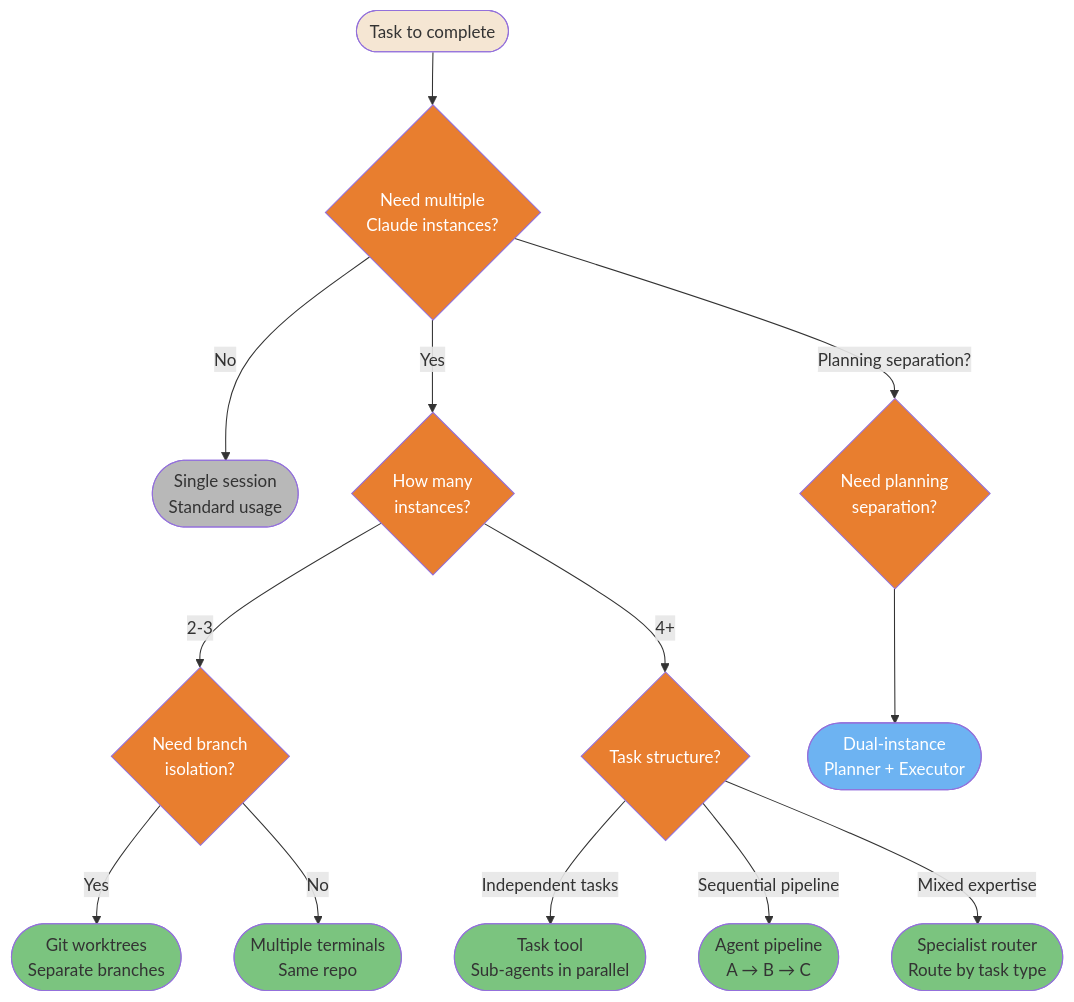
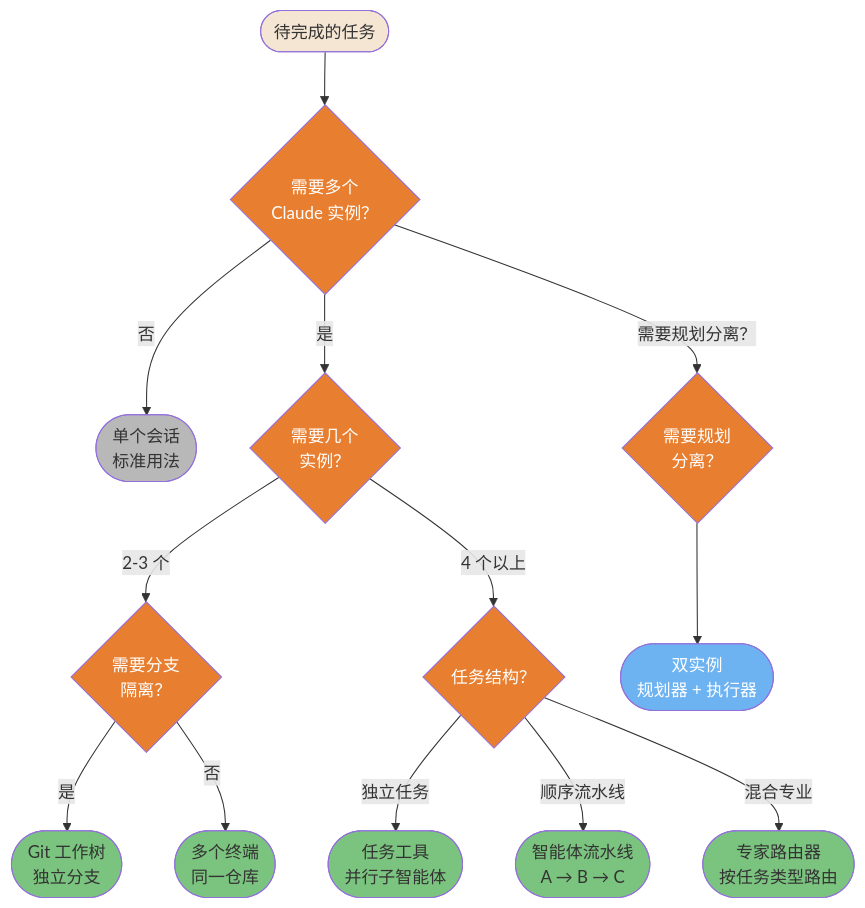
One commit to lawrencewzen/aispark-wiki changed the fifth of 5 diagrams in claude-code/diagrams/07-multi-agent-patterns.md. Above: the diagram before and after it, drawn with Mermaid. The commit also changed other lines of this file and 82 other files, not shown here.

First line of the commit message:
feat: 完成 claude-code/ 目录全量中文翻译

````diff
--- a/claude-code/diagrams/07-multi-agent-patterns.md
+++ b/claude-code/diagrams/07-multi-agent-patterns.md
@@ -279,46 +279,46 @@
 ```mermaid
 flowchart TD
-    A([Task to complete]) --> B{Need multiple<br/>Claude instances?}
-    B -->|No| C([Single session<br/>Standard usage])
-    B -->|Yes| D{How many<br/>instances?}
-    B -->|"Planning separation?"| B2{Need planning<br/>separation?}
+    A([待完成的任务]) --> B{需要多个<br/>Claude 实例？}
+    B -->|否| C([单个会话<br/>标准用法])
+    B -->|是| D{需要几个<br/>实例？}
+    B -->|"需要规划分离？"| B2{需要规划<br/>分离？}
 
-    D -->|2-3| E{Need branch<br/>isolation?}
-    E -->|Yes| F([Git worktrees<br/>Separate branches])
-    E -->|No| G([Multiple terminals<br/>Same repo])
+    D -->|2-3 个| E{需要分支<br/>隔离？}
+    E -->|是| F([Git 工作树<br/>独立分支])
+    E -->|否| G([多个终端<br/>同一仓库])
 
-    D -->|4+| H{Task structure?}
-    H -->|Independent tasks| I([Task tool<br/>Sub-agents in parallel])
-    H -->|Sequential pipeline| J([Agent pipeline<br/>A → B → C])
-    H -->|Mixed expertise| K([Specialist router<br/>Route by task type])
+    D -->|4 个以上| H{任务结构？}
+    H -->|独立任务| I([任务工具<br/>并行子智能体])
+    H -->|顺序流水线| J([智能体流水线<br/>A → B → C])
+    H -->|混合专业| K([专家路由器<br/>按任务类型路由])
 
-    B2 --> L([Dual-instance<br/>Planner + Executor])
+    B2 --> L([双实例<br/>规划器 + 执行器])
 
     style A fill:#F5E6D3,color:#333
     style B fill:#E87E2F,color:#fff
     style D fill:#E87E2F,color:#fff
     style E fill:#E87E2F,color:#fff
     style H fill:#E87E2F,color:#fff
     style B2 fill:#E87E2F,color:#fff
     style C fill:#B8B8B8,color:#333
     style F fill:#7BC47F,color:#333
     style G fill:#7BC47F,color:#333
     style I fill:#7BC47F,color:#333
     style J fill:#7BC47F,color:#333
     style K fill:#7BC47F,color:#333
     style L fill:#6DB3F2,color:#fff
 
-    click A href "https://github.com/claude-code-ultimate-guide/claude-code-ultimate-guide/blob/main/guide/ultimate-guide.md#917-scaling-patterns-multi-instance-workflows" "Task to complete"
-    click B href "https://github.com/claude-code-ultimate-guide/claude-code-ultimate-guide/blob/main/guide/ultimate-guide.md#917-scaling-patterns-multi-instance-workflows" "Need multiple instances?"
-    click C href "https://github.com/claude-code-ultimate-guide/claude-code-ultimate-guide/blob/main/guide/ultimate-guide.md#917-scaling-patterns-multi-instance-workflows" "Single session"
-    click D href "https://github.com/claude-code-ultimate-guide/claude-code-ultimate-guide/blob/main/guide/ultimate-guide.md#917-scaling-patterns-multi-instance-workflows" "How many instances?"
-    click E href "https://github.com/claude-code-ultimate-guide/claude-code-ultimate-guide/blob/main/guide/ultimate-guide.md#912-git-best-practices--workflows" "Need branch isolation?"
-    click F href "https://github.com/claude-code-ultimate-guide/claude-code-ultimate-guide/blob/main/guide/ultimate-guide.md#912-git-best-practices--workflows" "Git worktrees"
-    click G href "https://github.com/claude-code-ultimate-guide/claude-code-ultimate-guide/blob/main/guide/ultimate-guide.md#917-scaling-patterns-multi-instance-workflows" "Multiple terminals"
-    click H href "https://github.com/claude-code-ultimate-guide/claude-code-ultimate-guide/blob/main/guide/ultimate-guide.md#917-scaling-patterns-multi-instance-workflows" "Task structure?"
-    click I href "https://github.com/claude-code-ultimate-guide/claude-code-ultimate-guide/blob/main/guide/workflows/agent-teams.md" "Task tool sub-agents"
-    click J href "https://github.com/claude-code-ultimate-guide/claude-code-ultimate-guide/blob/main/guide/workflows/agent-teams.md" "Agent pipeline"
-    click K href "https://github.com/claude-code-ultimate-guide/claude-code-ultimate-guide/blob/main/guide/workflows/agent-teams.md" "Specialist router"
-    click B2 href "https://github.com/claude-code-ultimate-guide/claude-code-ultimate-guide/blob/main/guide/workflows/dual-instance-planning.md" "Need planning separation?"
-    click L href "https://github.com/claude-code-ultimate-guide/claude-code-ultimate-guide/blob/main/guide/workflows/dual-instance-planning.md" "Dual-instance: Planner + Executor"
+    click A href "https://github.com/claude-code-ultimate-guide/claude-code-ultimate-guide/blob/main/guide/ultimate-guide.md#917-scaling-patterns-multi-instance-workflows" "待完成的任务"
+    click B href "https://github.com/claude-code-ultimate-guide/claude-code-ultimate-guide/blob/main/guide/ultimate-guide.md#917-scaling-patterns-multi-instance-workflows" "需要多个实例？"
+    click C href "https://github.com/claude-code-ultimate-guide/claude-code-ultimate-guide/blob/main/guide/ultimate-guide.md#917-scaling-patterns-multi-instance-workflows" "单个会话"
+    click D href "https://github.com/claude-code-ultimate-guide/claude-code-ultimate-guide/blob/main/guide/ultimate-guide.md#917-scaling-patterns-multi-instance-workflows" "需要几个实例？"
+    click E href "https://github.com/claude-code-ultimate-guide/claude-code-ultimate-guide/blob/main/guide/ultimate-guide.md#912-git-best-practices--workflows" "需要分支隔离？"
+    click F href "https://github.com/claude-code-ultimate-guide/claude-code-ultimate-guide/blob/main/guide/ultimate-guide.md#912-git-best-practices--workflows" "Git 工作树"
+    click G href "https://github.com/claude-code-ultimate-guide/claude-code-ultimate-guide/blob/main/guide/ultimate-guide.md#917-scaling-patterns-multi-instance-workflows" "多个终端"
+    click H href "https://github.com/claude-code-ultimate-guide/claude-code-ultimate-guide/blob/main/guide/ultimate-guide.md#917-scaling-patterns-multi-instance-workflows" "任务结构？"
+    click I href "https://github.com/claude-code-ultimate-guide/claude-code-ultimate-guide/blob/main/guide/workflows/agent-teams.md" "任务工具子智能体"
+    click J href "https://github.com/claude-code-ultimate-guide/claude-code-ultimate-guide/blob/main/guide/workflows/agent-teams.md" "智能体流水线"
+    click K href "https://github.com/claude-code-ultimate-guide/claude-code-ultimate-guide/blob/main/guide/workflows/agent-teams.md" "专家路由器"
+    click B2 href "https://github.com/claude-code-ultimate-guide/claude-code-ultimate-guide/blob/main/guide/workflows/dual-instance-planning.md" "需要规划分离？"
+    click L href "https://github.com/claude-code-ultimate-guide/claude-code-ultimate-guide/blob/main/guide/workflows/dual-instance-planning.md" "双实例：规划器 + 执行器"
 ```
````
